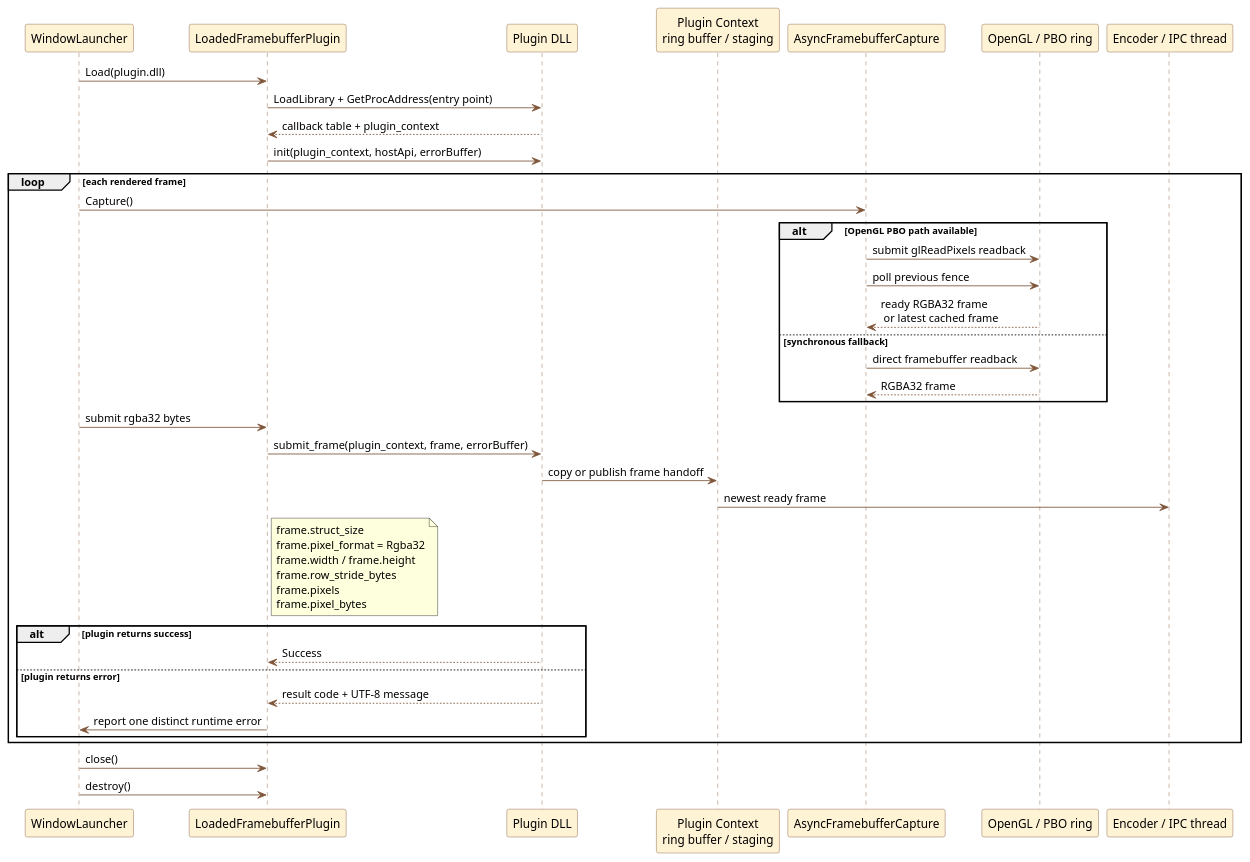
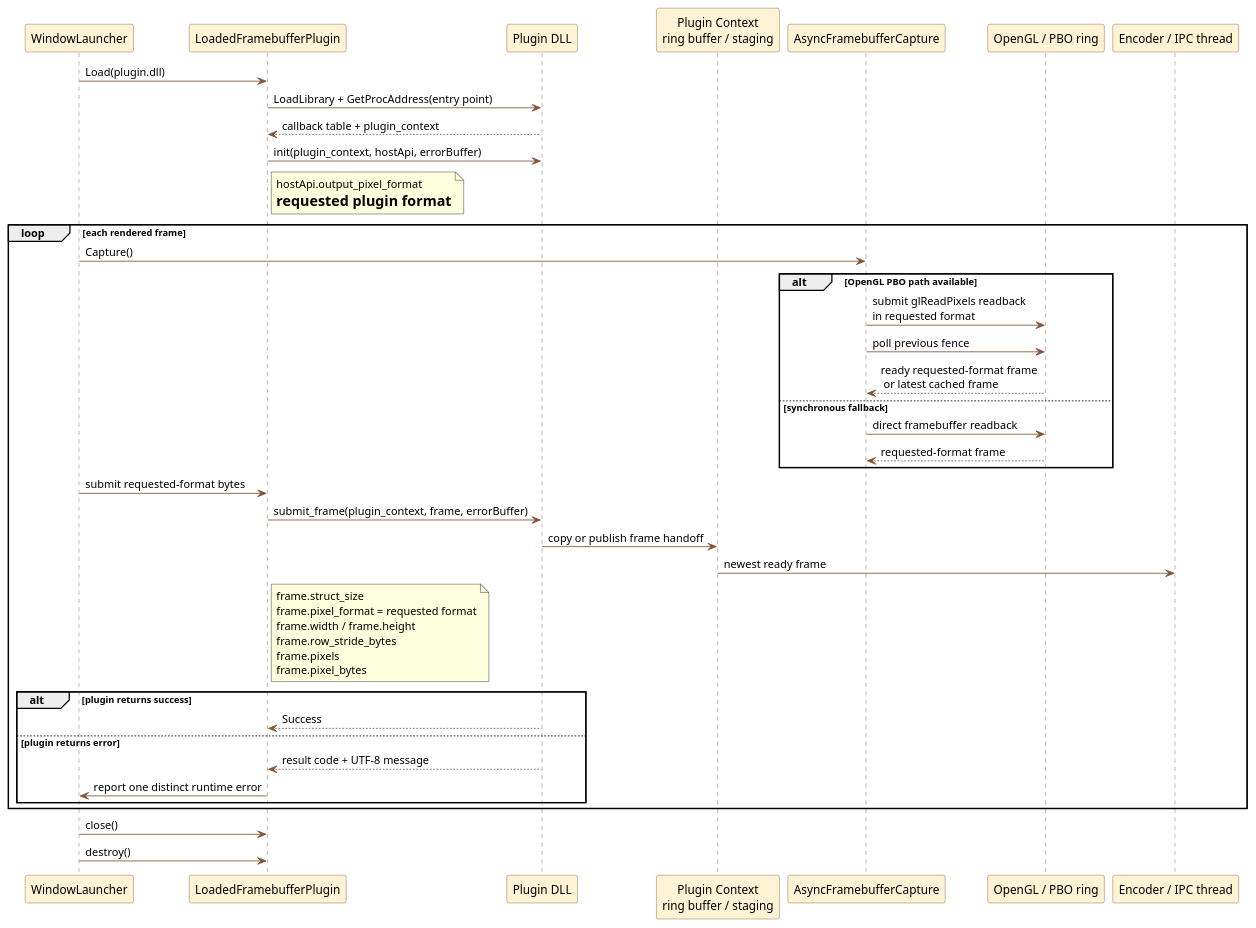
Before and after one commit to benoitfragit/MFDStudio: the diagram in docs/user_guide/diagrams/11_framebuffer_plugin_runtime_sequence.puml, drawn with PlantUML. The commit also changed 19 other files, not shown here.

```diff
--- a/docs/user_guide/diagrams/11_framebuffer_plugin_runtime_sequence.puml
+++ b/docs/user_guide/diagrams/11_framebuffer_plugin_runtime_sequence.puml
@@ -1,60 +1,64 @@
 @startuml
 skinparam backgroundColor #FFFFFF
 skinparam shadowing false
 skinparam defaultFontName Segoe UI
 skinparam sequence {
   ArrowColor #7F5539
   LifeLineBorderColor #7F5539
   LifeLineBackgroundColor #F8FAFC
   ParticipantBorderColor #7F5539
   ParticipantBackgroundColor #FFF3D6
 }
 
 participant "WindowLauncher" as Launcher
 participant "LoadedFramebufferPlugin" as Loader
 participant "Plugin DLL" as Plugin
 participant "Plugin Context\nring buffer / staging" as Context
 participant "AsyncFramebufferCapture" as Capture
 participant "OpenGL / PBO ring" as Pbo
 participant "Encoder / IPC thread" as Consumer
 
 Launcher -> Loader : Load(plugin.dll)
 Loader -> Plugin : LoadLibrary + GetProcAddress(entry point)
 Plugin --> Loader : callback table + plugin_context
 Loader -> Plugin : init(plugin_context, hostApi, errorBuffer)
+note right of Loader
+hostApi.output_pixel_format
+= requested plugin format
+end note
 
 loop each rendered frame
   Launcher -> Capture : Capture()
   alt OpenGL PBO path available
-    Capture -> Pbo : submit glReadPixels readback
+    Capture -> Pbo : submit glReadPixels readback\nin requested format
     Capture -> Pbo : poll previous fence
-    Pbo --> Capture : ready RGBA32 frame \n or latest cached frame
+    Pbo --> Capture : ready requested-format frame \n or latest cached frame
   else synchronous fallback
     Capture -> Pbo : direct framebuffer readback
-    Pbo --> Capture : RGBA32 frame
+    Pbo --> Capture : requested-format frame
   end
 
-  Launcher -> Loader : submit rgba32 bytes
+  Launcher -> Loader : submit requested-format bytes
   Loader -> Plugin : submit_frame(plugin_context, frame, errorBuffer)
   Plugin -> Context : copy or publish frame handoff
   Context -> Consumer : newest ready frame
   note right of Loader
   frame.struct_size
-  frame.pixel_format = Rgba32
+  frame.pixel_format = requested format
   frame.width / frame.height
   frame.row_stride_bytes
   frame.pixels
   frame.pixel_bytes
   end note
 
   alt plugin returns success
     Plugin --> Loader : Success
   else plugin returns error
     Plugin --> Loader : result code + UTF-8 message
     Loader -> Launcher : report one distinct runtime error
   end
 end
 
 Launcher -> Loader : close()
 Launcher -> Loader : destroy()
 @enduml
```
